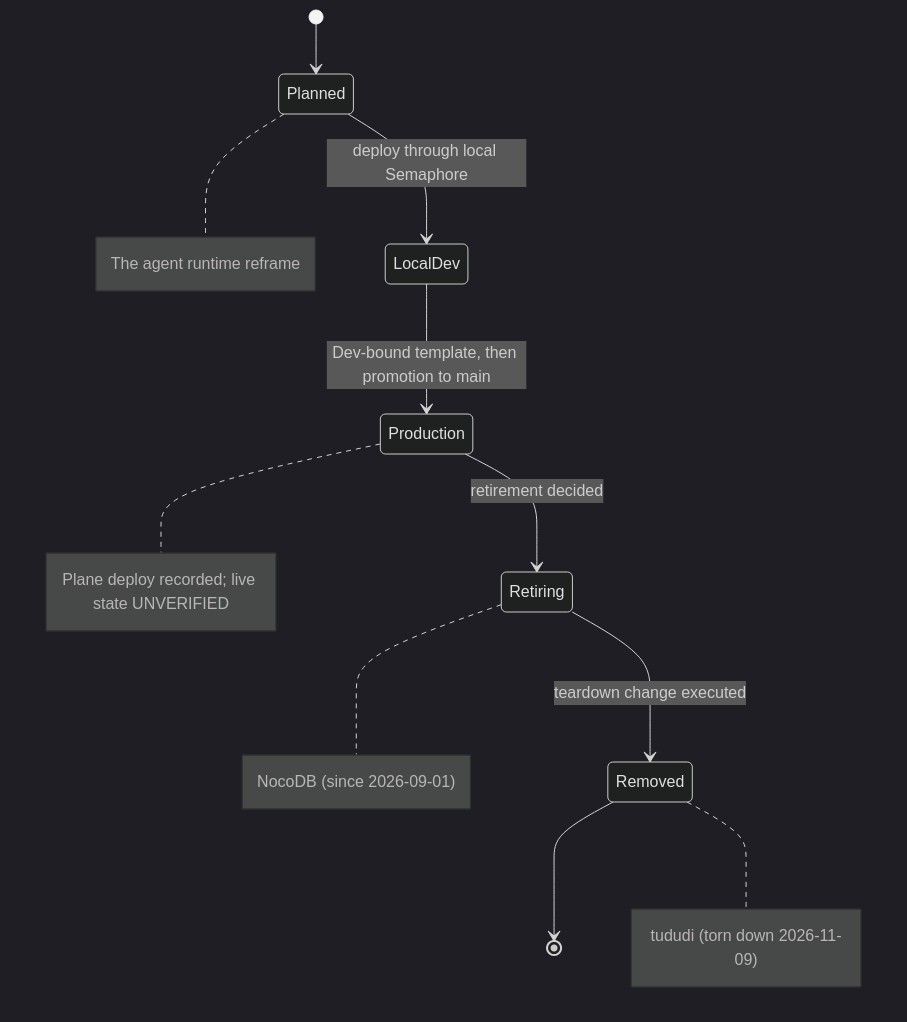
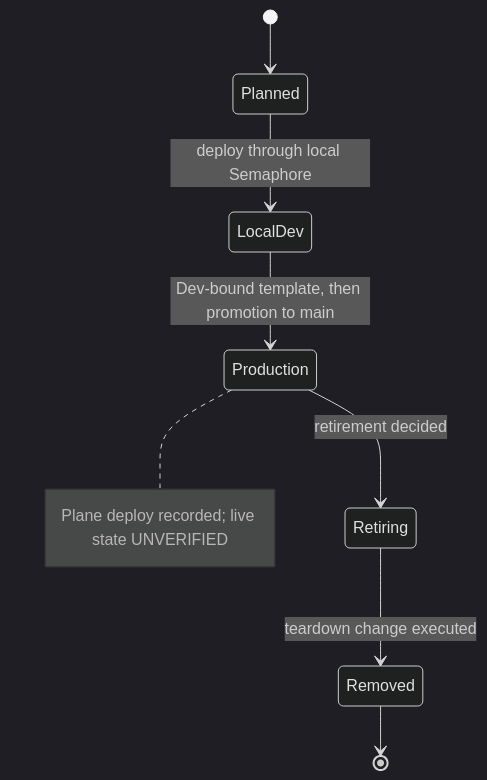
Before and after one commit to uhstray-io/agent-cloud: the ninth of 10 diagrams in plan/architecture/service-architecture.md, drawn with Mermaid (dark theme). The commit also changed other lines of this file and 9 other files, not shown here.

Commit message:
docs(architecture): remove retired platforms

````diff
--- a/plan/architecture/service-architecture.md
+++ b/plan/architecture/service-architecture.md
@@ -472,21 +437,12 @@
 ```mermaid
 stateDiagram-v2
     [*] --> Planned
     Planned --> LocalDev: deploy through local Semaphore
     LocalDev --> Production: Dev-bound template, then promotion to main
     Production --> Retiring: retirement decided
     Retiring --> Removed: teardown change executed
     Removed --> [*]
-    note right of Planned
-        The agent runtime reframe
-    end note
     note right of Production
         Plane deploy recorded; live state UNVERIFIED
     end note
-    note right of Retiring
-        NocoDB (since 2026-09-01)
-    end note
-    note right of Removed
-        tududi (torn down 2026-11-09)
-    end note
 ```
````
